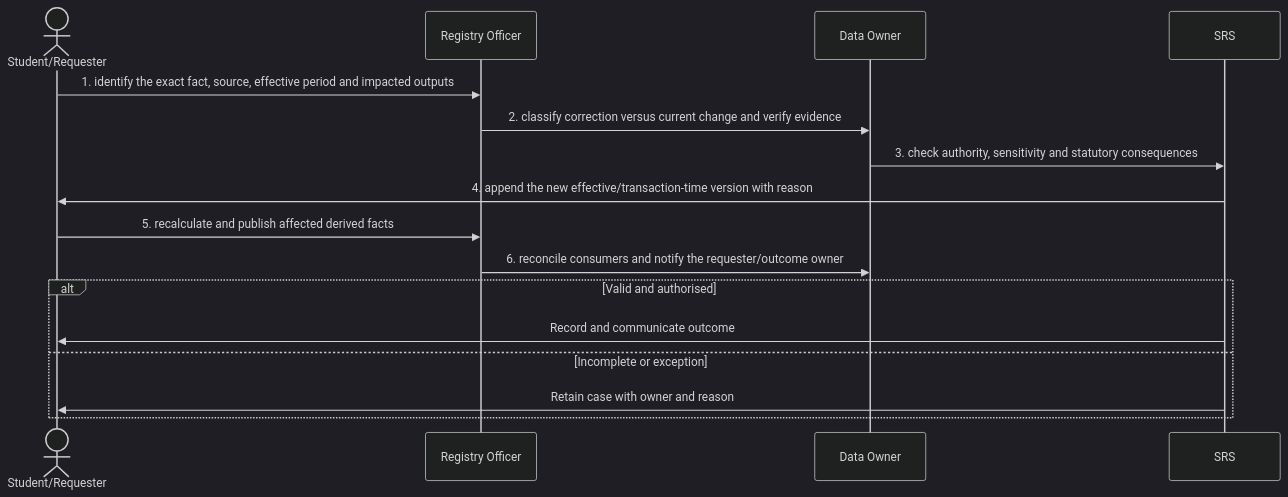
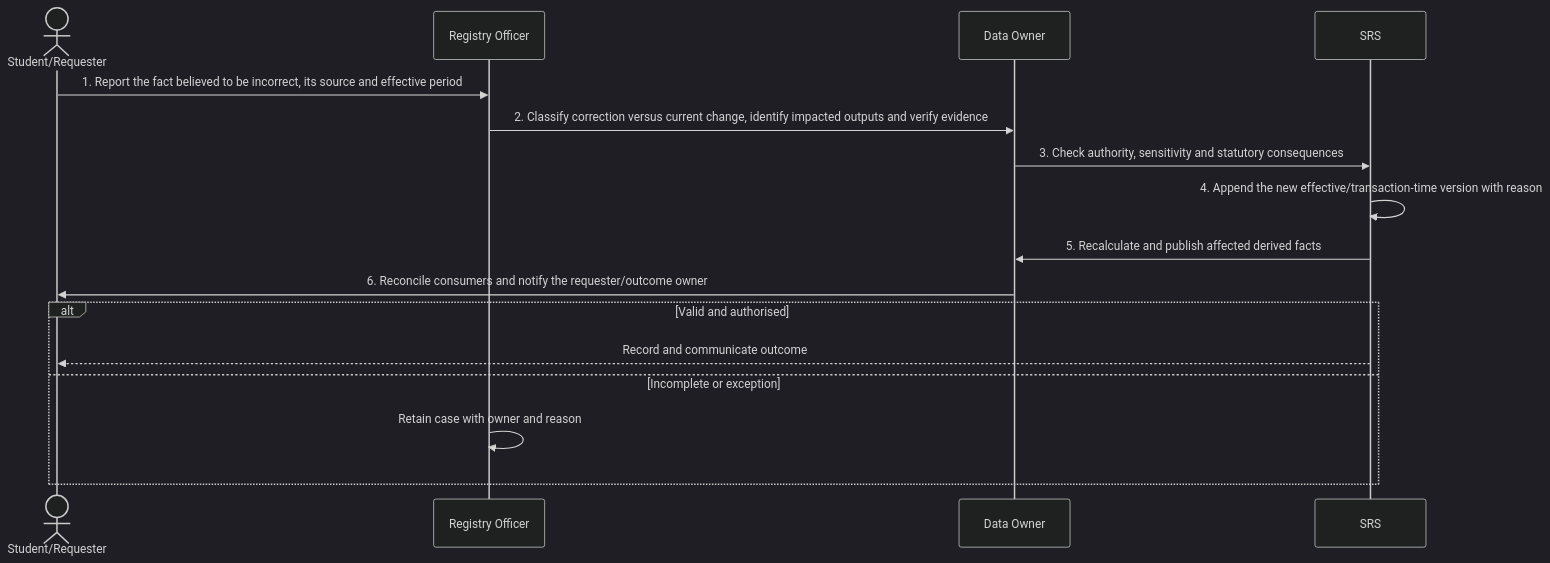
Before and after one commit to RevelationCore/Revelation-SRS: the diagram in docs/business-processes/08-record-governance-and-lifecycle/bp-08-002-correct-personal-or-enrolment-data.md, drawn with Mermaid (dark theme). The commit also changed other lines of this file and 96 other files, not shown here.

````diff
--- a/docs/business-processes/08-record-governance-and-lifecycle/bp-08-002-correct-personal-or-enrolment-data.md
+++ b/docs/business-processes/08-record-governance-and-lifecycle/bp-08-002-correct-personal-or-enrolment-data.md
@@ -158,18 +158,19 @@
 ```mermaid
 sequenceDiagram
     actor A1 as Student/Requester
     participant A2 as Registry Officer
     participant A3 as Data Owner
     participant A4 as SRS
-    A1->>A2: 1. identify the exact fact, source, effective period and impacted outputs
-    A2->>A3: 2. classify correction versus current change and verify evidence
-    A3->>A4: 3. check authority, sensitivity and statutory consequences
-    A4->>A1: 4. append the new effective/transaction-time version with reason
-    A1->>A2: 5. recalculate and publish affected derived facts
-    A2->>A3: 6. reconcile consumers and notify the requester/outcome owner
+
+    A1->>A2: 1. Report the fact believed to be incorrect, its source and effective period
+    A2->>A3: 2. Classify correction versus current change, identify impacted outputs and verify evidence
+    A3->>A4: 3. Check authority, sensitivity and statutory consequences
+    A4->>A4: 4. Append the new effective/transaction-time version with reason
+    A4->>A3: 5. Recalculate and publish affected derived facts
+    A3->>A1: 6. Reconcile consumers and notify the requester/outcome owner
     alt Valid and authorised
-        A4->>A1: Record and communicate outcome
+        A4-->>A1: Record and communicate outcome
     else Incomplete or exception
-        A4->>A1: Retain case with owner and reason
+        A2->>A2: Retain case with owner and reason
     end
 ```
````
